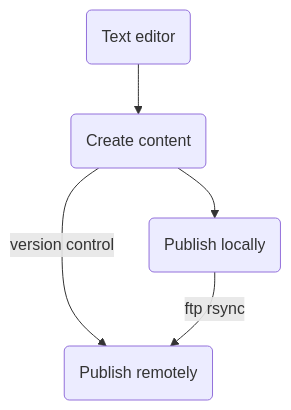
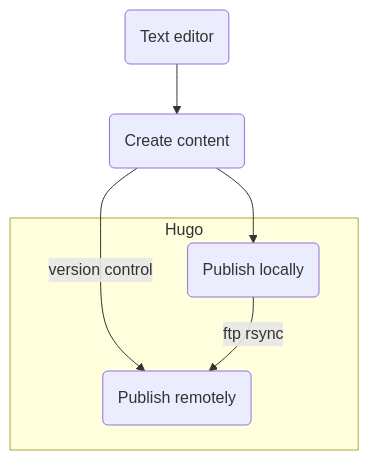
One commit to DXPetti/dxpettidotcom changed the fourth of 4 diagrams in content/blog/2024/10/the-what/index.md. Above: the diagram before and after it, drawn with Mermaid. The commit also changed other lines of this file, not shown here.

Commit message:
Updated flowcharts in 'The What'

```diff
--- a/content/blog/2024/10/the-what/index.md
+++ b/content/blog/2024/10/the-what/index.md
@@ -76,7 +78,9 @@
 {{< mermaid >}}
 flowchart TD
 T("Text editor") --> C("Create content")
 C --> PL("Publish locally")
 C -- version control--> PR("Publish remotely")
+subgraph H [Hugo]
 PL -- ftp rsync--> PR
+end
 {{< /mermaid >}}
```
